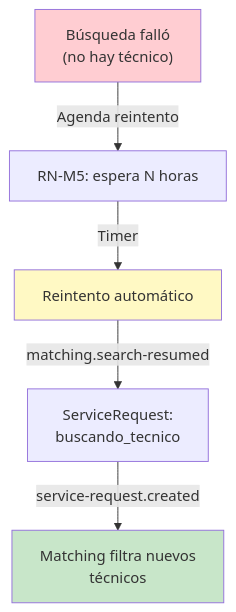
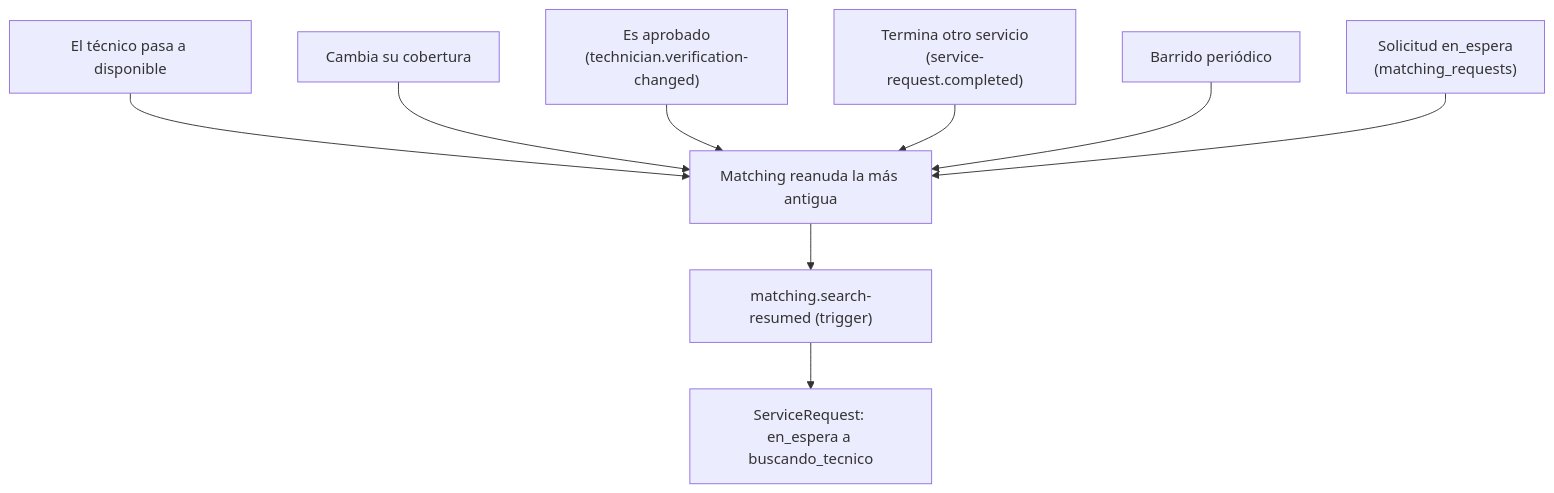
One commit to ARQUI-202630/quickpatch changed the fourth of 6 diagrams in docs/architecture/DIAGRAMS_SCRUM583_COMMUNICATION_MATCHING.md. Above: the diagram before and after it, drawn with Mermaid. The commit also changed other lines of this file, not shown here.

First line of the commit message:
docs(SCRUM-583): componentes y flujos de Communication y Matching según el DD 5.17 y los contratos

````diff
--- a/docs/architecture/DIAGRAMS_SCRUM583_COMMUNICATION_MATCHING.md
+++ b/docs/architecture/DIAGRAMS_SCRUM583_COMMUNICATION_MATCHING.md
@@ -106,11 +135,20 @@
 ```mermaid
 graph TD
-    A["Búsqueda falló<br/>(no hay técnico)"] -->|Agenda reintento| B["RN-M5: espera N horas"]
-    B -->|Timer| C["Reintento automático"]
-    C -->|matching.search-resumed| D["ServiceRequest:<br/>buscando_tecnico"]
-    D -->|service-request.created| E["Matching filtra nuevos<br/>técnicos"]
-    
-    style A fill:#ffcdd2
-    style C fill:#fff9c4
-    style E fill:#c8e6c9
+    A["Solicitud en_espera<br/>(matching_requests)"]
+    T1["El técnico pasa a disponible"]
+    T2["Cambia su cobertura"]
+    T3["Es aprobado<br/>(technician.verification-changed)"]
+    T4["Termina otro servicio<br/>(service-request.completed)"]
+    T5["Barrido periódico"]
+    M["Matching reanuda la más antigua"]
+    E["matching.search-resumed (trigger)"]
+    S["ServiceRequest: en_espera a buscando_tecnico"]
+
+    T1 --> M
+    T2 --> M
+    T3 --> M
+    T4 --> M
+    T5 --> M
+    A --> M
+    M --> E --> S
 ```
````
